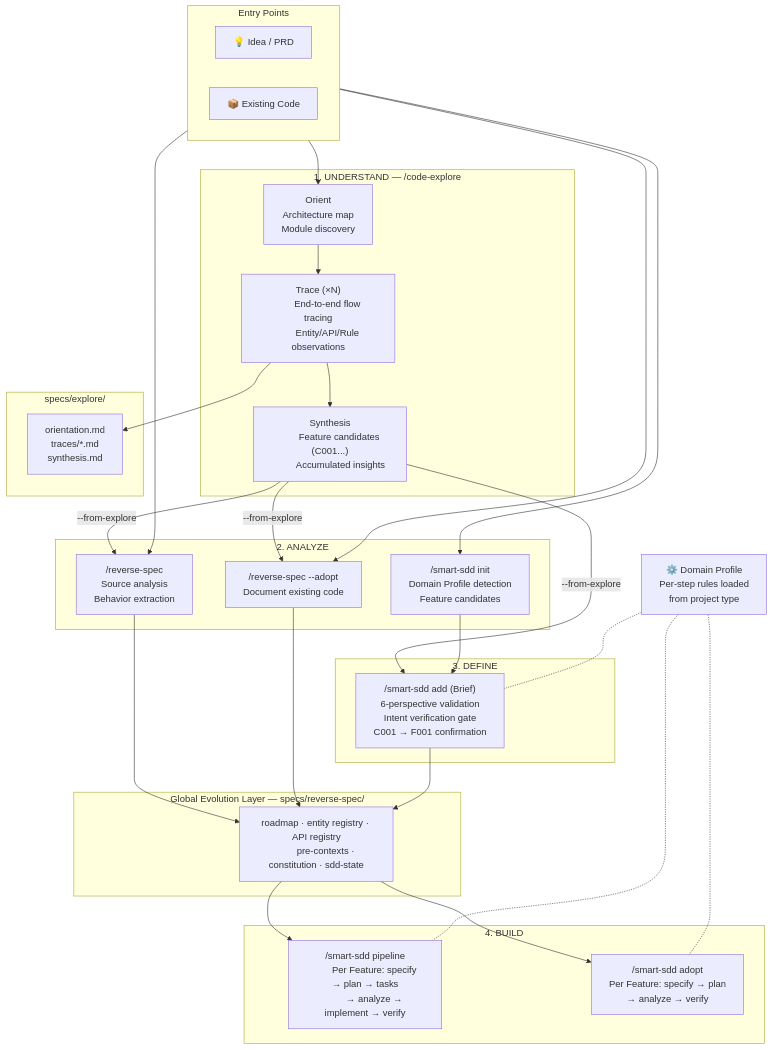
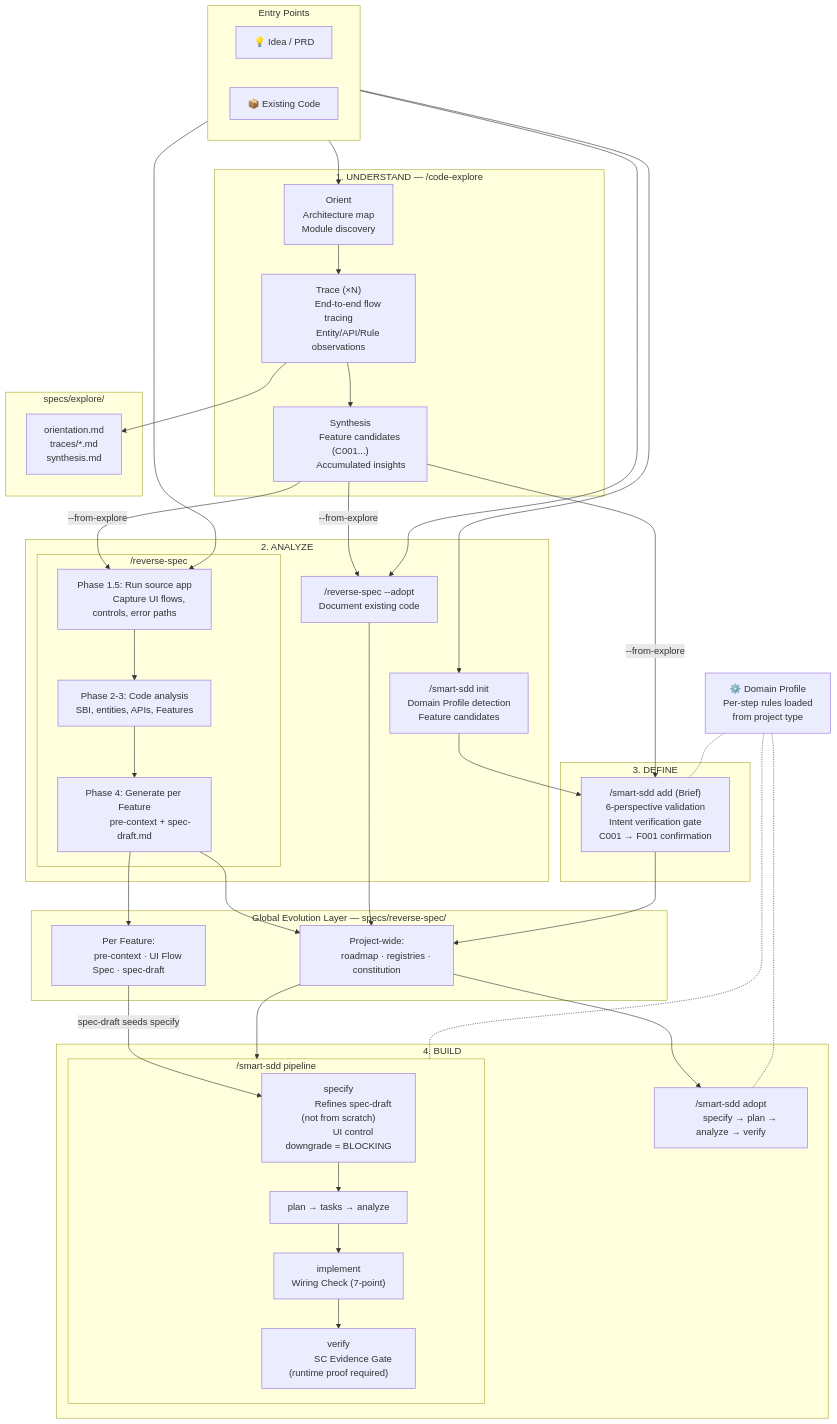
The first of 2 diagrams in README.md (coolhero/spec-kit-skills), drawn with Mermaid before and after one commit. The commit also changed other lines of this file and 1 other file, not shown here.

Commit message:
Architecture diagram: add spec-draft flow + runtime exploration + pipeline detail
Both READMEs — the single remaining Mermaid diagram now shows:
- reverse-spec internal phases: Run source app → Code analysis → spec-draft
- GEL split: project-wide (roadmap/registries) + per-Feature (pre-context/spec-draft)
- Pipeline detail: specify refines spec-draft, Wiring Check, SC Evidence Gate
- spec-draft → specify seed connection explicitly drawn
- Description updated to explain Artifact Separation

````diff
--- a/README.md
+++ b/README.md
@@ -259,9 +259,17 @@
         INIT["/smart-sdd init
         Domain Profile detection
         Feature candidates"]
-        RS["/reverse-spec
-        Source analysis
-        Behavior extraction"]
+
+        subgraph rs_detail["/reverse-spec"]
+            RS_RUN["Phase 1.5: Run source app
+            Capture UI flows, controls, error paths"]
+            RS_CODE["Phase 2-3: Code analysis
+            SBI, entities, APIs, Features"]
+            RS_DRAFT["Phase 4: Generate per Feature
+            pre-context + spec-draft.md"]
+            RS_RUN --> RS_CODE --> RS_DRAFT
+        end
+
         ADOPT_RS["/reverse-spec --adopt
         Document existing code"]
     end
@@ -274,17 +282,26 @@
     end
 
     subgraph gel["Global Evolution Layer — specs/reverse-spec/"]
-        GEL["roadmap · entity registry · API registry
-        pre-contexts · constitution · sdd-state"]
+        GEL_PROJ["Project-wide:
+        roadmap · registries · constitution"]
+        GEL_FEAT["Per Feature:
+        pre-context · UI Flow Spec · spec-draft"]
     end
 
     subgraph build["4. BUILD"]
-        PIPELINE["/smart-sdd pipeline
-        Per Feature: specify → plan → tasks
-        → analyze → implement → verify"]
+        subgraph pipeline_detail["/smart-sdd pipeline"]
+            SPECIFY["specify
+            Refines spec-draft (not from scratch)
+            UI control downgrade = BLOCKING"]
+            PLAN["plan → tasks → analyze"]
+            IMPL["implement
+            Wiring Check (7-point)"]
+            VERIFY["verify
+            SC Evidence Gate (runtime proof required)"]
+            SPECIFY --> PLAN --> IMPL --> VERIFY
+        end
         ADOPT_P["/smart-sdd adopt
-        Per Feature: specify → plan
-        → analyze → verify"]
+        specify → plan → analyze → verify"]
     end
 
     DP["⚙️ Domain Profile
@@ -295,19 +312,21 @@
     CE_TRACE --> EO
     IDEA --> INIT
 
-    CE_SYNTH -- "--from-explore" --> RS
+    CE_SYNTH -- "--from-explore" --> RS_RUN
     CE_SYNTH -- "--from-explore" --> ADD
     CE_SYNTH -- "--from-explore" --> ADOPT_RS
 
-    CODE --> RS
+    CODE --> RS_RUN
     CODE --> ADOPT_RS
     INIT --> ADD
-    RS --> GEL
-    ADOPT_RS --> GEL
-    ADD --> GEL
-    GEL --> PIPELINE
-    GEL --> ADOPT_P
-    DP -.- PIPELINE
+    RS_DRAFT --> GEL_PROJ
+    RS_DRAFT --> GEL_FEAT
+    ADOPT_RS --> GEL_PROJ
+    ADD --> GEL_PROJ
+    GEL_FEAT -- "spec-draft seeds specify" --> SPECIFY
+    GEL_PROJ --> pipeline_detail
+    GEL_PROJ --> ADOPT_P
+    DP -.- pipeline_detail
     DP -.- ADOPT_P
     DP -.- ADD
 ```
````
